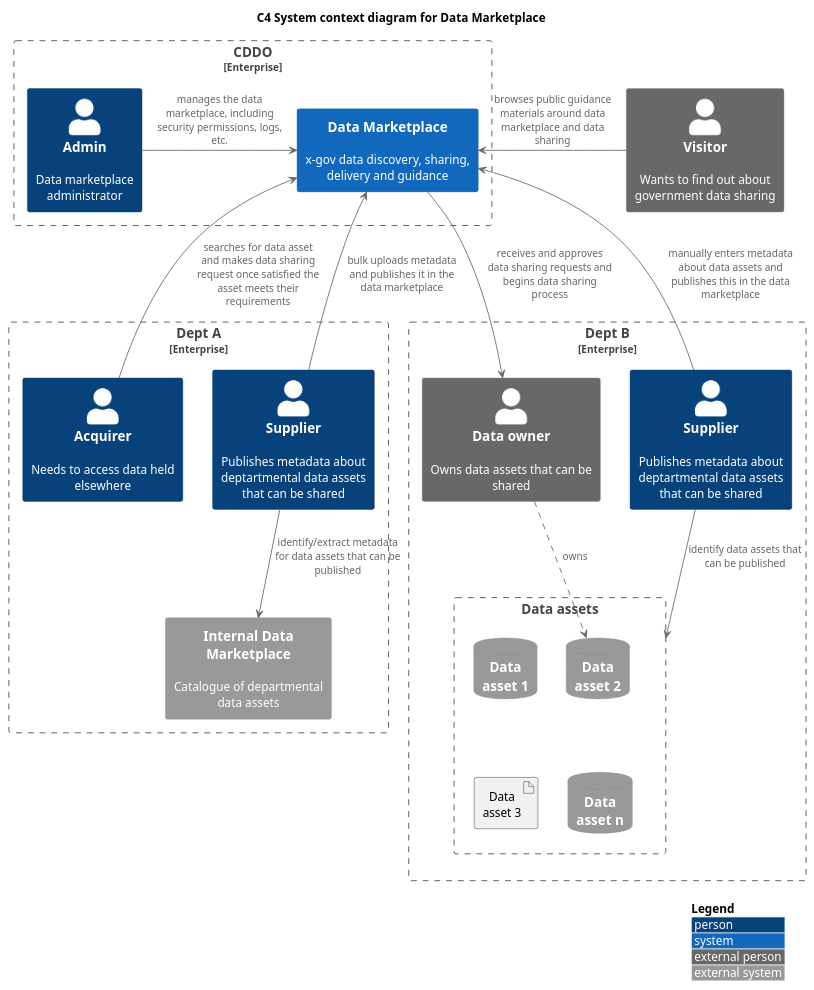
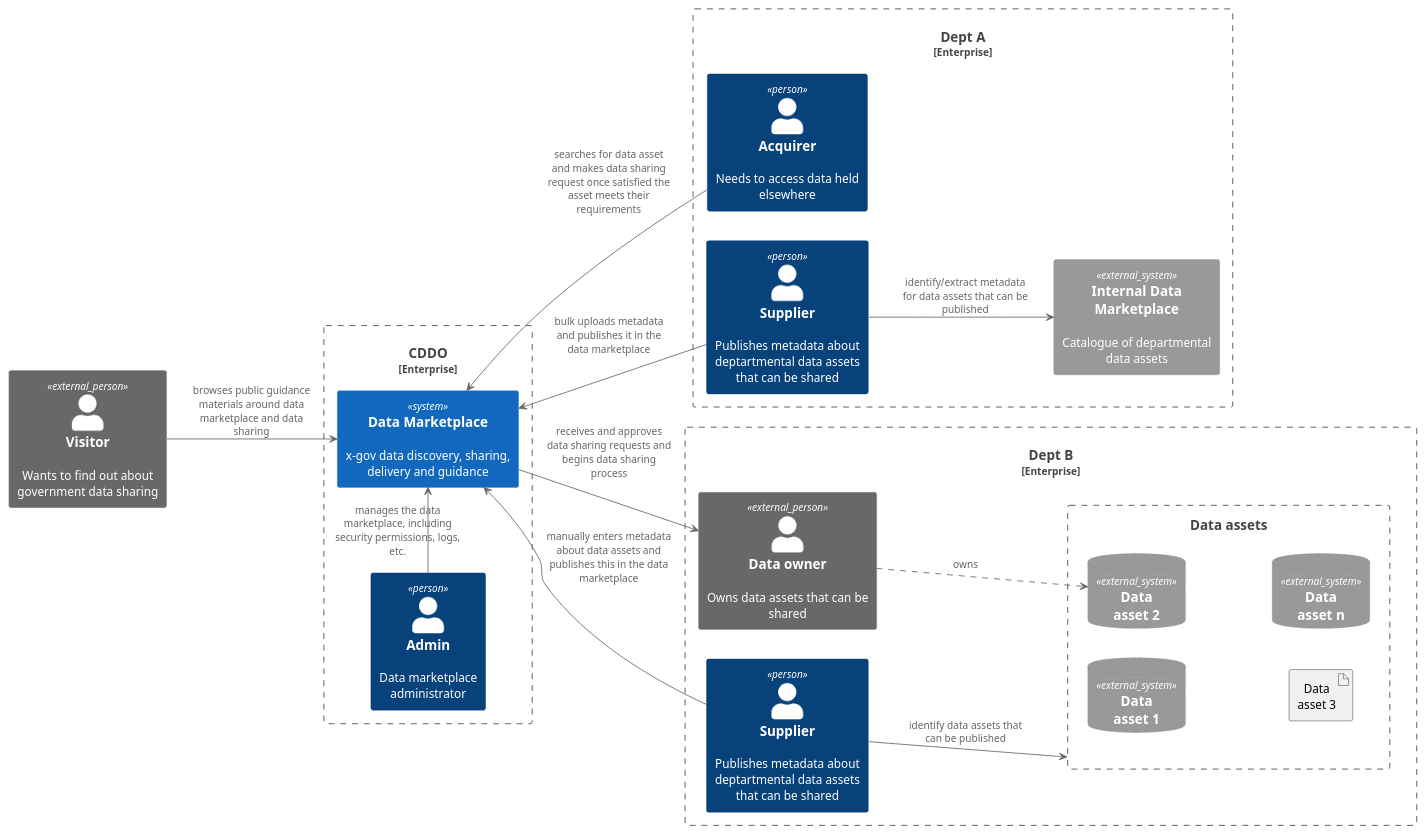
The diagram in data-marketplace/dm-c4-context.puml (co-cddo/data-architecture), drawn with PlantUML before and after one commit. The commit also changed 4 other files, not shown here.

Commit message:
Update file(s) "/." from "co-cddo/data-architecture-r"

```diff
--- a/data-marketplace/dm-c4-context.puml
+++ b/data-marketplace/dm-c4-context.puml
@@ -1,52 +1,52 @@
 @startuml dm-c4-context 
 !include <C4/C4_Context>
 
 LAYOUT_TOP_DOWN()
 'LAYOUT_AS_SKETCH()
-LAYOUT_WITH_LEGEND()
-
-title C4 System context diagram for Data Marketplace
+'LAYOUT_WITH_LEGEND()
+left to right direction
+'title C4 System context diagram for Data Marketplace
 
 Enterprise_Boundary(cddo, "CDDO") {
   Person(admin, "Admin", "Data marketplace administrator")
   System(dm, "Data Marketplace", "x-gov data discovery, sharing, delivery and guidance")
   admin -> dm : manages the data marketplace, including security permissions, logs, etc.
 }
 
 Enterprise_Boundary(depA, "Dept A"){
   Person(acquirerA, "Acquirer", "Needs to access data held elsewhere")
   Person(supplierA, "Supplier", "Publishes metadata about deptartmental data assets that can be shared")
   System_Ext(dmA, "Internal Data Marketplace", "Catalogue of departmental data assets")
 }
 
 Enterprise_Boundary(depB, "Dept B"){
   Person_Ext(ownerB, "Data owner", "Owns data assets that can be shared")
   Person(supplierB, "Supplier", "Publishes metadata about deptartmental data assets that can be shared")
   System_Ext(dmA, "Internal Data Marketplace", "Catalogue of departmental data assets")
   Boundary(dataassetsB, "Data assets") {
     SystemDb_Ext(dbB1,"Data\nasset 1")
     SystemDb_Ext(dbB2,"Data\nasset 2")
     Artifact "Data\nasset 3" as dbB3
     SystemDb_Ext(dbBn,"Data\nasset n")
 
     dbB1 -[#hidden] dbB2
     dbB1 -[#hidden]- dbB3
     dbB2 -[#hidden]- dbBn
   }
   ownerB ..> dbB2 : owns
 }
 
 Person_Ext(visitor, "Visitor", "Wants to find out about government data sharing")
 
 supplierA --> dmA : identify/extract metadata for data assets that can be published
 supplierA -up-> dm : bulk uploads metadata and publishes it in the data marketplace
 
 supplierB --> dataassetsB : identify data assets that can be published
 supplierB -up-> dm : manually enters metadata about data assets and publishes this in the data marketplace
 
 acquirerA -up-> dm : searches for data asset and makes data sharing request once satisfied the asset meets their requirements
 dm --> ownerB : receives and approves data sharing requests and begins data sharing process
 
-dm <- visitor : browses public guidance materials around data marketplace and data sharing
+dm <-up- visitor : browses public guidance materials around data marketplace and data sharing
 
 @enduml
```
